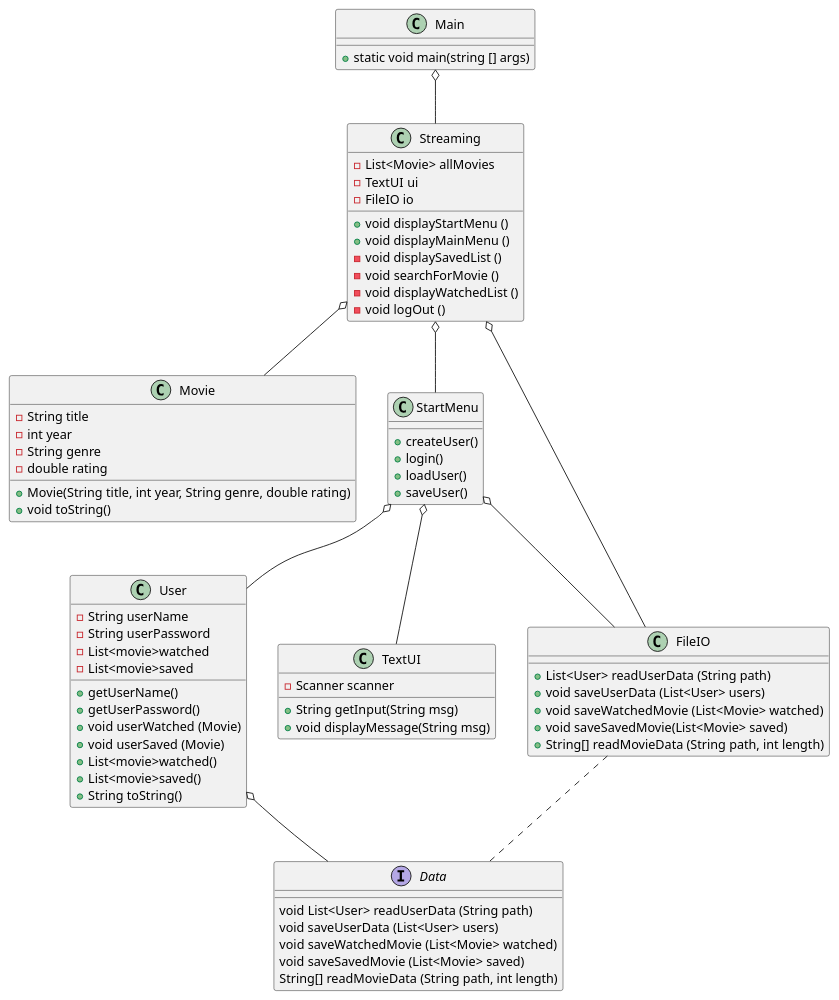
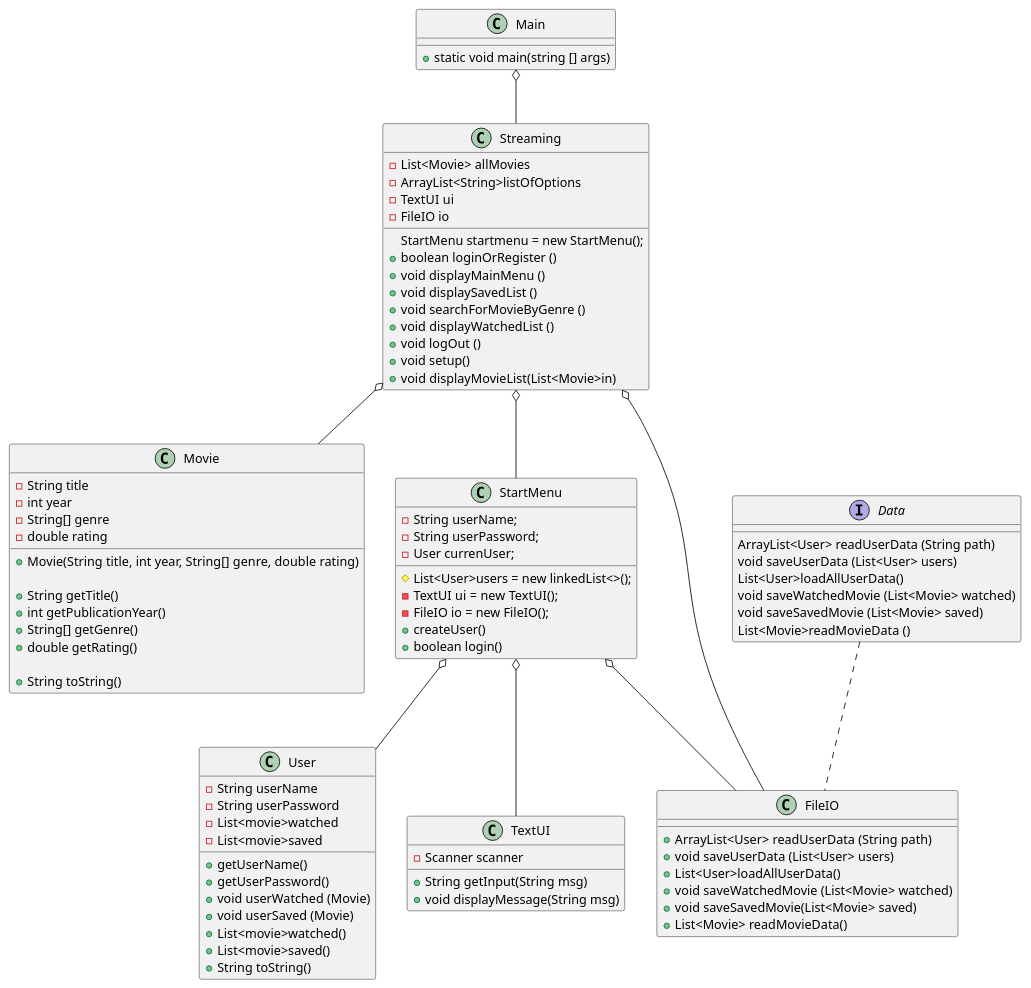
Before and after one commit to Madihakhan1/SP3: the diagram in .idea/Doc/ClassDiagram.puml, drawn with PlantUML. The commit also changed 1 other file, not shown here.

Commit message:
Stream + classDiagram updated

```diff
--- a/.idea/Doc/ClassDiagram.puml
+++ b/.idea/Doc/ClassDiagram.puml
@@ -1,120 +1,132 @@
 @startuml
 'https://plantuml.com/object-diagram
 
 class Main{
 
 + static void main(string [] args)
 
 
 }
 
 class Streaming{
 
 - List<Movie> allMovies
+- ArrayList<String>listOfOptions
 - TextUI ui
 - FileIO io
-+ void displayStartMenu ()
+StartMenu startmenu = new StartMenu();
++ boolean loginOrRegister ()
 + void displayMainMenu ()
-- void displaySavedList ()
-- void searchForMovie ()
-- void displayWatchedList ()
-- void logOut ()
++ void displaySavedList ()
++ void searchForMovieByGenre ()
++ void displayWatchedList ()
++ void logOut ()
++ void setup()
++ void displayMovieList(List<Movie>in)
 
 
 
 }
 
 class User{
 
 - String userName
 - String userPassword
 - List<movie>watched
 - List<movie>saved
 
 +getUserName()
 +getUserPassword()
 + void userWatched (Movie)
 + void userSaved (Movie)
 +List<movie>watched()
 +List<movie>saved()
 + String toString()
 
 
 
 
 }
 
 class Movie{
 
 - String title
 - int year
-- String genre
+- String[] genre
 - double rating
 
-+ Movie(String title, int year, String genre, double rating)
-+ void toString()
++ Movie(String title, int year, String[] genre, double rating)
+
++ String getTitle()
++ int getPublicationYear()
++ String[] getGenre()
++ double getRating()
+
++ String toString()
 
 
 }
 
 class StartMenu{
 
+- String userName;
+- String userPassword;
+- User currenUser;
+# List<User>users = new linkedList<>();
+- TextUI ui = new TextUI();
+- FileIO io = new FileIO();
++ createUser()
++ boolean login()
 
-+ createUser()
-+ login()
-+ loadUser()
-+ saveUser()
 }
 
 
 
 
 class FileIO{
 
-+List<User> readUserData (String path)
++ArrayList<User> readUserData (String path)
 + void saveUserData (List<User> users)
++ List<User>loadAllUserData()
 + void saveWatchedMovie (List<Movie> watched)
 + void saveSavedMovie(List<Movie> saved)
-+ String[] readMovieData (String path, int length)
-
-
-
++ List<Movie> readMovieData()
 }
 
 class TextUI{
 
 - Scanner scanner
 + String getInput(String msg)
 + void displayMessage(String msg)
 
 
 }
 
 
 Interface Data{
 
-void List<User> readUserData (String path)
+ArrayList<User> readUserData (String path)
 void saveUserData (List<User> users)
+List<User>loadAllUserData()
 void saveWatchedMovie (List<Movie> watched)
 void saveSavedMovie (List<Movie> saved)
-String[] readMovieData (String path, int length)
+List<Movie>readMovieData ()
 
 
 }
 
 Main o-- Streaming
 
 Streaming o-- StartMenu
 Streaming o-- FileIO
 Streaming o-- Movie
 
 
 StartMenu o-- User
 StartMenu o--FileIO
 StartMenu o-- TextUI
 
-User o-- Data
 
-FileIO .. Data
+Data .. FileIO
 
 @enduml
```
